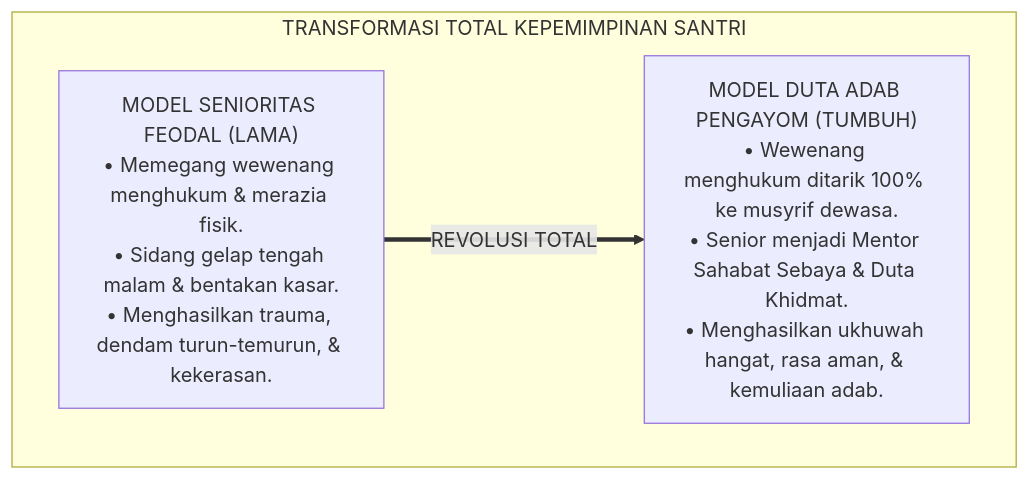
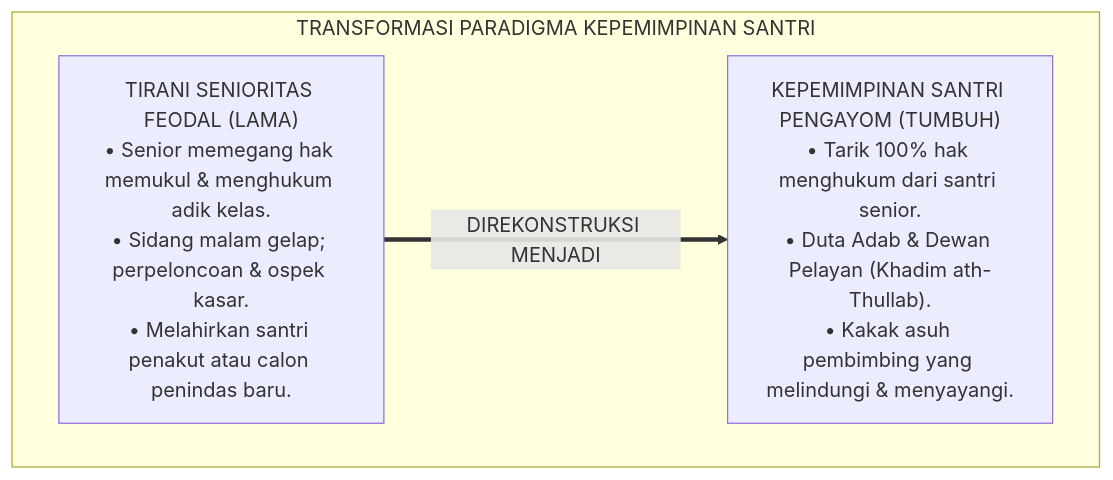
Before and after one commit to wandiapriliyandi/tumbuh: the first of 4 diagrams in 01 Philosophy/05 Leadership/P1-05-03-Kaderisasi-dan-Kepemimpinan-Santri.md, drawn with Mermaid. The commit also changed other lines of this file and 7 other files, not shown here.

````diff
--- a/01 Philosophy/05 Leadership/P1-05-03-Kaderisasi-dan-Kepemimpinan-Santri.md
+++ b/01 Philosophy/05 Leadership/P1-05-03-Kaderisasi-dan-Kepemimpinan-Santri.md
@@ -62,10 +56,10 @@
 ```mermaid
 flowchart TD
-    subgraph TransformasiKepemimpinanSantri["TRANSFORMASI TOTAL KEPEMIMPINAN SANTRI"]
-        SeniorLama["MODEL SENIORITAS FEODAL (LAMA)<br/>• Memegang wewenang menghukum & merazia fisik.<br/>• Sidang gelap tengah malam & bentakan kasar.<br/>• Menghasilkan trauma, dendam turun-temurun, & kekerasan."]
+    subgraph TransformasiKaderisasiSantri["TRANSFORMASI PARADIGMA KEPEMIMPINAN SANTRI"]
+        PolaSenioritasLama["TIRANI SENIORITAS FEODAL (LAMA)<br/>• Senior memegang hak memukul & menghukum adik kelas.<br/>• Sidang malam gelap; perpeloncoan & ospek kasar.<br/>• Melahirkan santri penakut atau calon penindas baru."]
         
-        SantriTUMBUH["MODEL DUTA ADAB PENGAYOM (TUMBUH)<br/>• Wewenang menghukum ditarik 100% ke musyrif dewasa.<br/>• Senior menjadi Mentor Sahabat Sebaya & Duta Khidmat.<br/>• Menghasilkan ukhuwah hangat, rasa aman, & kemuliaan adab."]
+        PolaPengayomTUMBUH["KEPEMIMPINAN SANTRI PENGAYOM (TUMBUH)<br/>• Tarik 100% hak menghukum dari santri senior.<br/>• Duta Adab & Dewan Pelayan (Khadim ath-Thullab).<br/>• Kakak asuh pembimbing yang melindungi & menyayangi."]
         
-        SeniorLama ==>|REVOLUSI TOTAL| SantriTUMBUH
+        PolaSenioritasLama ==>|DIREKONSTRUKSI MENJADI| PolaPengayomTUMBUH
     end
 ```
````
